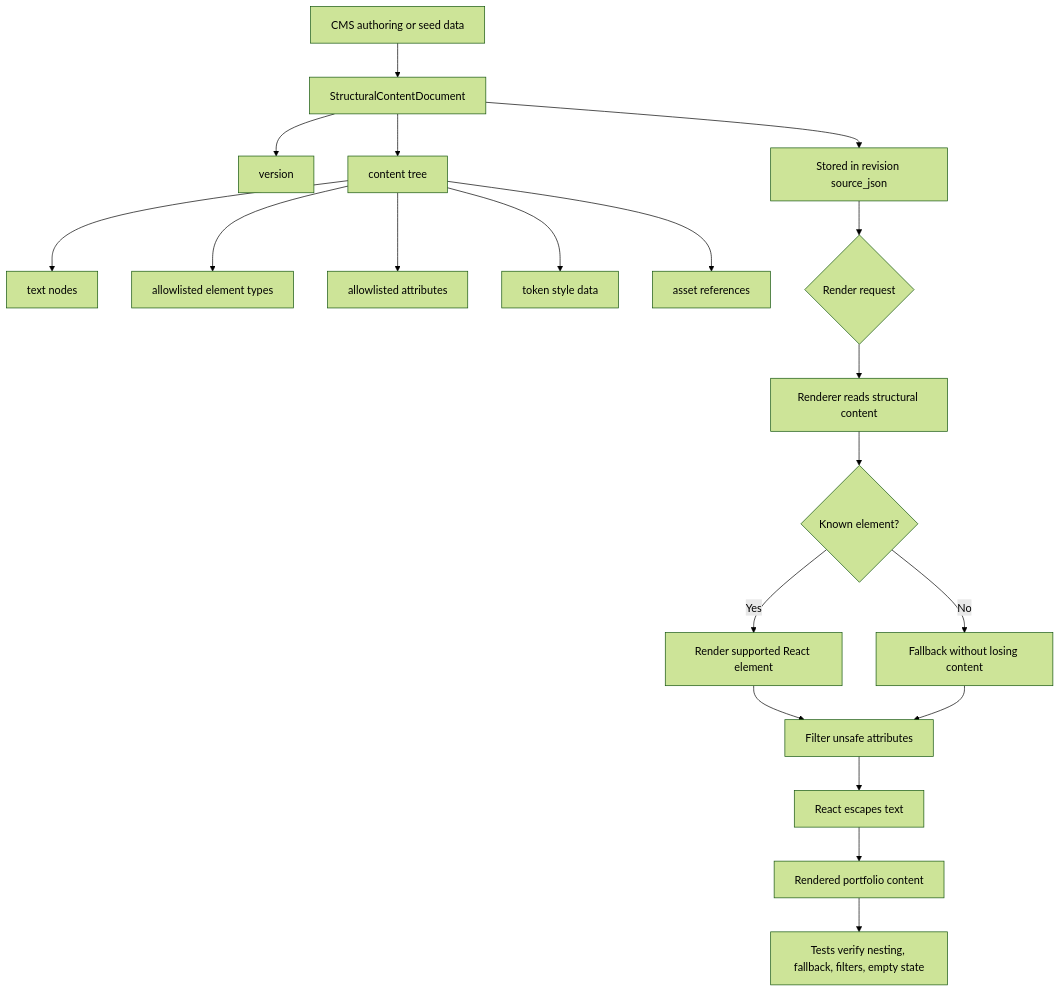
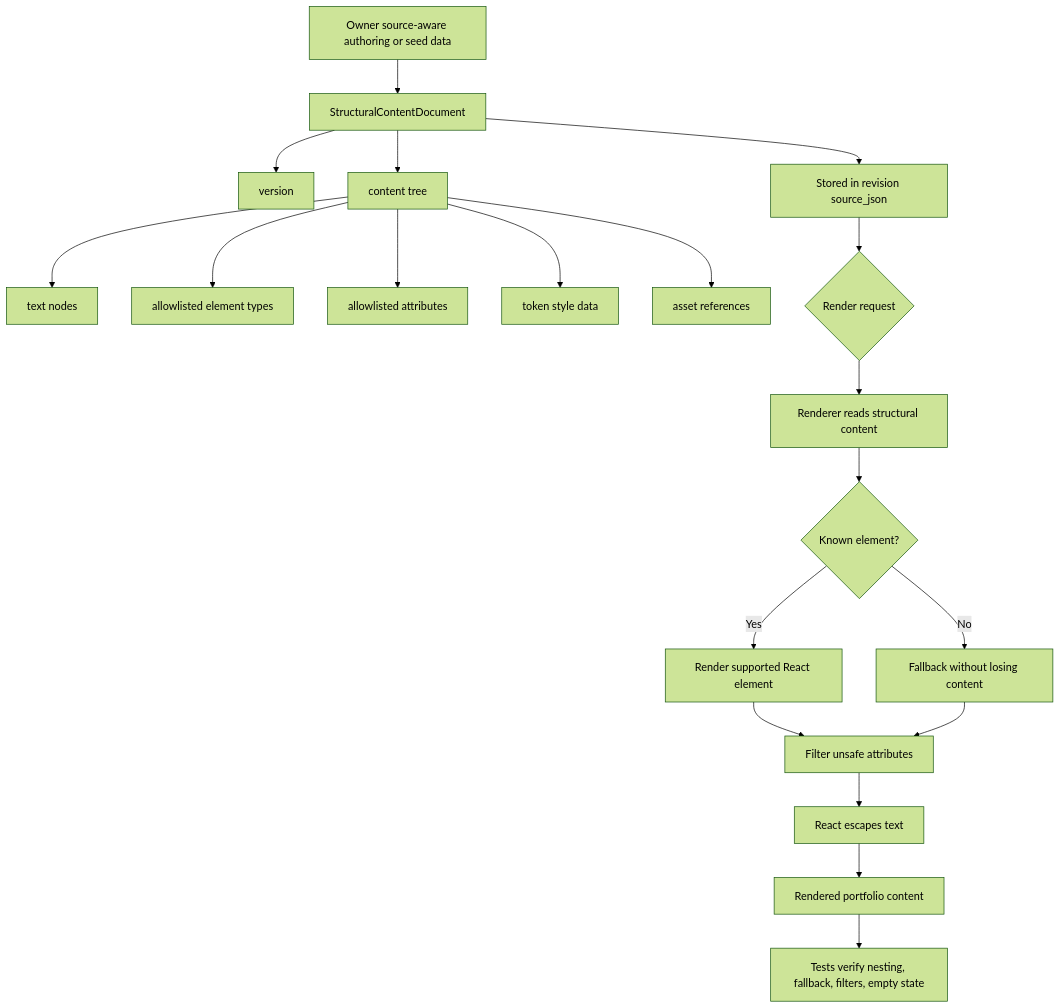
Before and after one commit to TheThouZands/portfolio: the diagram in analysis/design/diagrams/pf-diag-006-structural-content-rendering-contract.md, drawn with Mermaid (forest theme). The commit also changed other lines of this file and 18 other files, not shown here.

Commit message:
docs(analysis): record CMS authoring ADR [KAN-16]

````diff
--- a/analysis/design/diagrams/pf-diag-006-structural-content-rendering-contract.md
+++ b/analysis/design/diagrams/pf-diag-006-structural-content-rendering-contract.md
@@ -21,26 +22,26 @@
 ```mermaid
 flowchart TD
-  A["CMS authoring or seed data"] --> B["StructuralContentDocument"]
+  A["Owner source-aware authoring or seed data"] --> B["StructuralContentDocument"]
   B --> C["version"]
   B --> D["content tree"]
   D --> E["text nodes"]
   D --> F["allowlisted element types"]
   D --> G["allowlisted attributes"]
   D --> H["token style data"]
   D --> I["asset references"]
 
   B --> J["Stored in revision source_json"]
   J --> K{"Render request"}
   K --> L["Renderer reads structural content"]
   L --> M{"Known element?"}
 
   M -->|Yes| N["Render supported React element"]
   M -->|No| O["Fallback without losing content"]
 
   N --> P["Filter unsafe attributes"]
   O --> P
   P --> Q["React escapes text"]
   Q --> R["Rendered portfolio content"]
 
   R --> S["Tests verify nesting, fallback, filters, empty state"]
 ```
````
